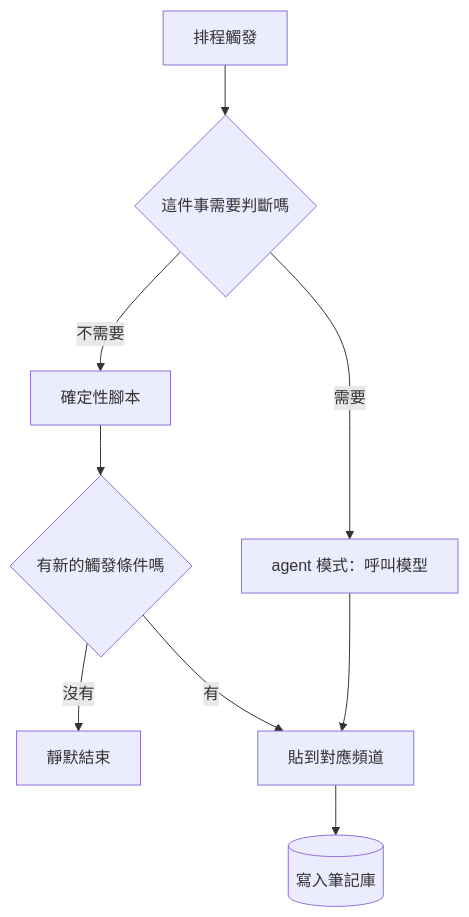
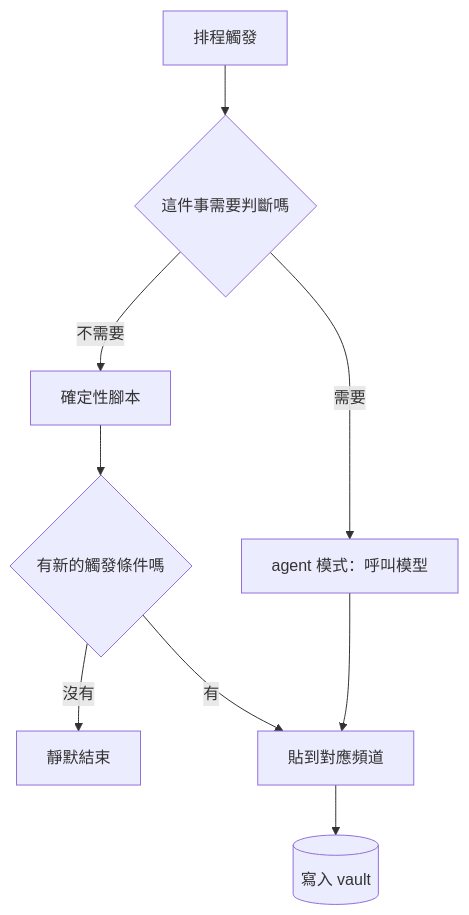
One commit to HaoweiChan/HaoweiChan.github.io changed the second of 2 diagrams in src/content/blog/zh-tw/resident-personal-assistant.md. Above: the diagram before and after it, drawn with Mermaid. The commit also changed other lines of this file and 1 other file, not shown here.

First line of the commit message:
content: name Discord and Obsidian in the assistant post

````diff
--- a/src/content/blog/zh-tw/resident-personal-assistant.md
+++ b/src/content/blog/zh-tw/resident-personal-assistant.md
@@ -116,11 +116,11 @@
 ```mermaid
 flowchart TD
     T[排程觸發] --> Q{這件事需要判斷嗎}
     Q -- 不需要 --> S[確定性腳本]
     Q -- 需要 --> A[agent 模式：呼叫模型]
     S --> C{有新的觸發條件嗎}
     C -- 沒有 --> Silent[靜默結束]
     C -- 有 --> Post[貼到對應頻道]
     A --> Post
-    Post --> V[(寫入筆記庫)]
+    Post --> V[(寫入 vault)]
 ```
````
